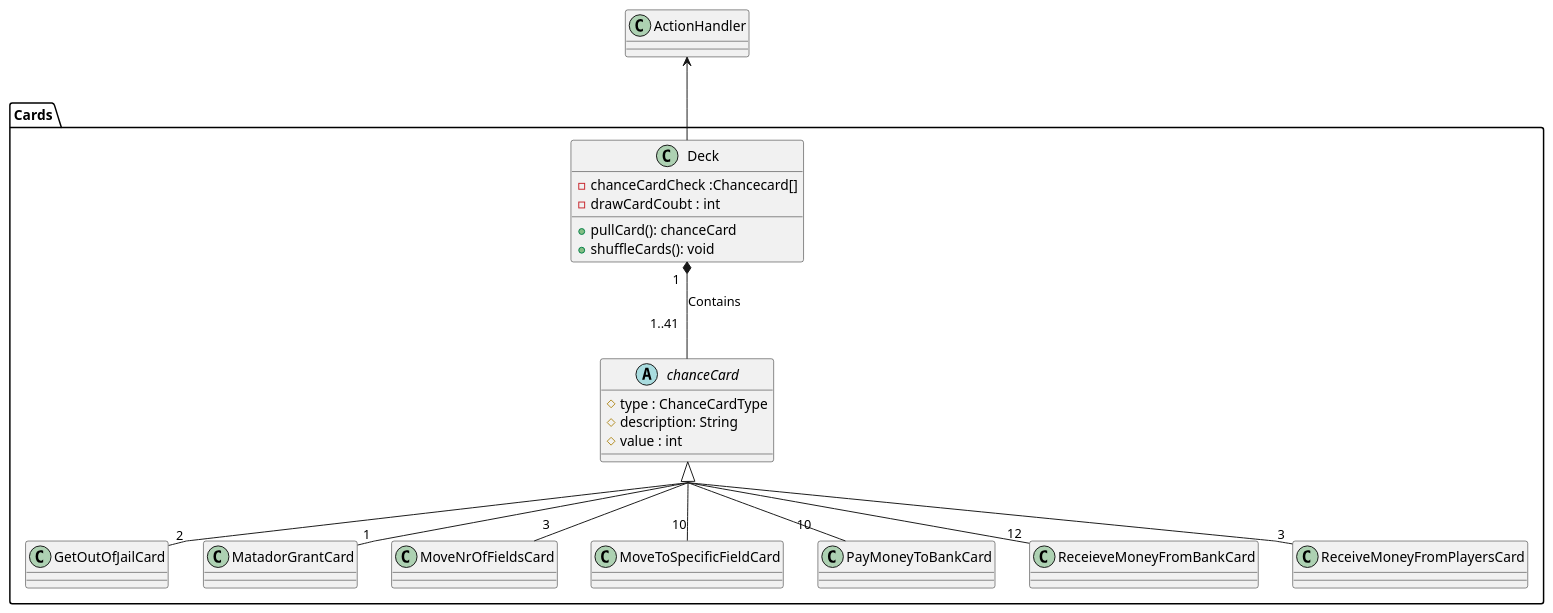
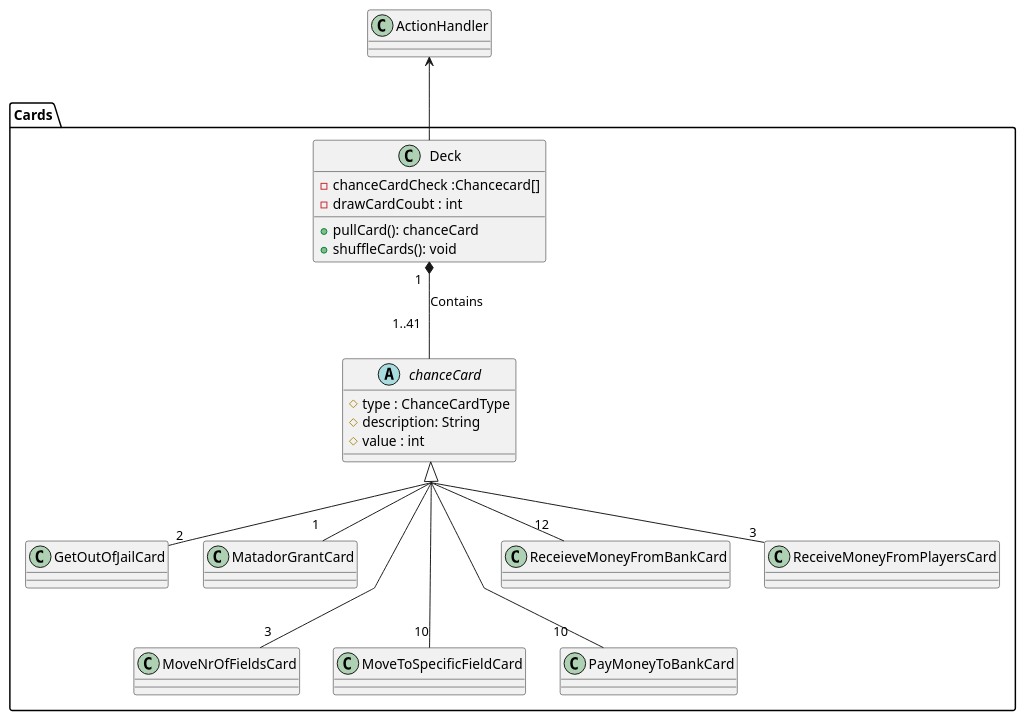
One commit to Greve2001/CDIO-final changed the diagram in diagrams/Cards_Package_Class_Diagram.puml. Above: the diagram before and after it, drawn with PlantUML.

Commit message:
updated diagram to better fit an a4page

```diff
--- a/diagrams/Cards_Package_Class_Diagram.puml
+++ b/diagrams/Cards_Package_Class_Diagram.puml
@@ -1,58 +1,58 @@
 @startuml
 'https://plantuml.com/class-diagram
 
 skinparam groupInheritance 2
 
 
 
 skinparam linetype polyline
 package Cards
 {
    abstract class chanceCard{
        #type : ChanceCardType
        #description: String
        #value : int
    }
    class Deck{
       -chanceCardCheck :Chancecard[]
       -drawCardCoubt : int
 
       +pullCard(): chanceCard
       +shuffleCards(): void
    }
    class GetOutOfJailCard{
    }
    class MatadorGrantCard{
    }
    class MoveNrOfFieldsCard{
    }
    class MoveToSpecificFieldCard{
    }
    class PayMoneyToBankCard{
    }
    class ReceieveMoneyFromBankCard{
    }
    class ReceiveMoneyFromPlayersCard{
    }
 
 
 }
 
 Deck "1  " *-- "1..41  " chanceCard: Contains \t
 
 ActionHandler <-- Deck
 
 
 chanceCard <|-- "2" GetOutOfJailCard
 chanceCard <|-- "1    " MatadorGrantCard
-chanceCard <|-- "3" MoveNrOfFieldsCard
-chanceCard <|-- "10" MoveToSpecificFieldCard
-chanceCard <|-- "        10     " PayMoneyToBankCard
+chanceCard <|--- "3" MoveNrOfFieldsCard
+chanceCard <|--- "10" MoveToSpecificFieldCard
+chanceCard <|--- "        10     " PayMoneyToBankCard
 chanceCard <|-- "12" ReceieveMoneyFromBankCard
 chanceCard <|-- "3" ReceiveMoneyFromPlayersCard
 
 
 
 
 
 @enduml
```
